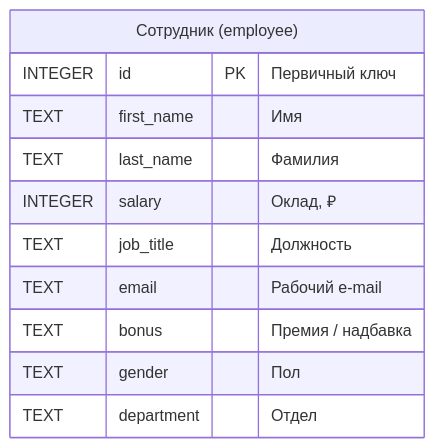
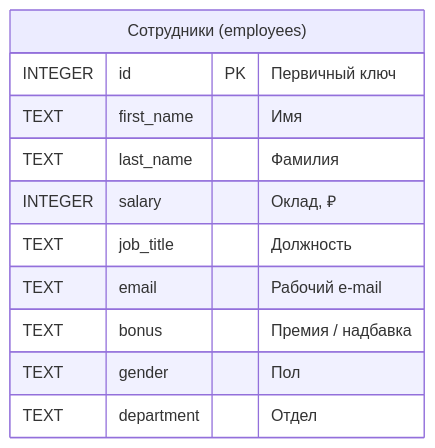
One commit to vshp-online/it.vshp.online changed the diagram in disciplines/it03/lectures/includes/digital_agency_employees_db/digital_agency_employees.mermaid. Above: the diagram before and after it, drawn with Mermaid. The commit also changed 8 other files, not shown here.

```diff
--- a/disciplines/it03/lectures/includes/digital_agency_employees_db/digital_agency_employees.mermaid
+++ b/disciplines/it03/lectures/includes/digital_agency_employees_db/digital_agency_employees.mermaid
@@ -1,13 +1,13 @@
 erDiagram
   %% Справочник сотрудников агентства
-  employees["Сотрудник (employee)"] {
+  employees["Сотрудники (employees)"] {
     INTEGER    id PK         "Первичный ключ"
     TEXT       first_name    "Имя"
     TEXT       last_name     "Фамилия"
     INTEGER    salary        "Оклад, ₽"
     TEXT       job_title     "Должность"
     TEXT       email         "Рабочий e-mail"
     TEXT       bonus         "Премия / надбавка"
     TEXT       gender        "Пол"
     TEXT       department    "Отдел"
   }
```
